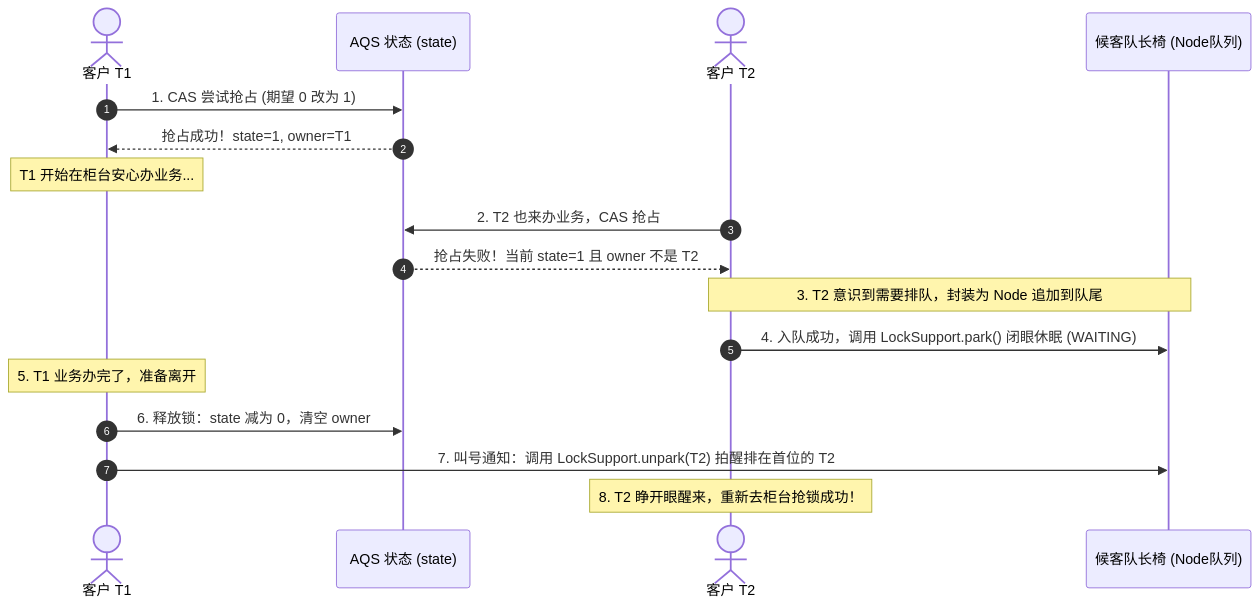
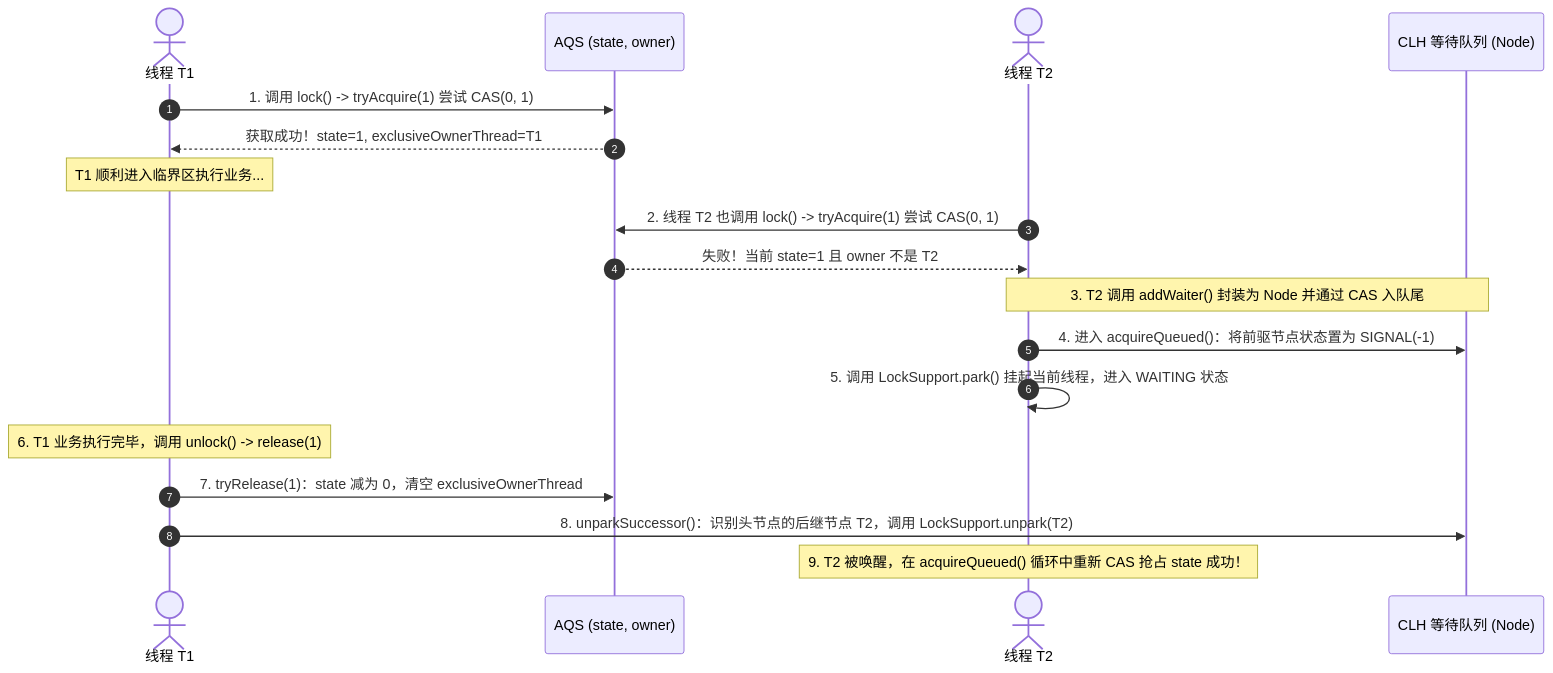
The second of 2 diagrams in 20-Java后端/03-并发编程/05-AQS原理.md (GuoWWWX/knowledge-base), drawn with Mermaid before and after one commit. The commit also changed other lines of this file and 234 other files, not shown here.

````diff
--- a/20-Java后端/03-并发编程/05-AQS原理.md
+++ b/20-Java后端/03-并发编程/05-AQS原理.md
@@ -59,22 +92,23 @@
 ```mermaid
 sequenceDiagram
     autonumber
-    actor T1 as 客户 T1
-    participant AQS as AQS 状态 (state)
-    actor T2 as 客户 T2
-    participant Queue as 候客队长椅 (Node队列)
+    actor T1 as 线程 T1
+    participant AQS as AQS (state, owner)
+    actor T2 as 线程 T2
+    participant Queue as CLH 等待队列 (Node)
 
-    T1->>AQS: 1. CAS 尝试抢占 (期望 0 改为 1)
-    AQS-->>T1: 抢占成功！state=1, owner=T1
-    Note over T1: T1 开始在柜台安心办业务...
+    T1->>AQS: 1. 调用 lock() -> tryAcquire(1) 尝试 CAS(0, 1)
+    AQS-->>T1: 获取成功！state=1, exclusiveOwnerThread=T1
+    Note over T1: T1 顺利进入临界区执行业务...
 
-    T2->>AQS: 2. T2 也来办业务，CAS 抢占
-    AQS-->>T2: 抢占失败！当前 state=1 且 owner 不是 T2
-    Note over T2, Queue: 3. T2 意识到需要排队，封装为 Node 追加到队尾
-    T2->>Queue: 4. 入队成功，调用 LockSupport.park() 闭眼休眠 (WAITING)
+    T2->>AQS: 2. 线程 T2 也调用 lock() -> tryAcquire(1) 尝试 CAS(0, 1)
+    AQS-->>T2: 失败！当前 state=1 且 owner 不是 T2
+    Note over T2, Queue: 3. T2 调用 addWaiter() 封装为 Node 并通过 CAS 入队尾
+    T2->>Queue: 4. 进入 acquireQueued()：将前驱节点状态置为 SIGNAL(-1)
+    T2->>T2: 5. 调用 LockSupport.park() 挂起当前线程，进入 WAITING 状态
 
-    Note over T1: 5. T1 业务办完了，准备离开
-    T1->>AQS: 6. 释放锁：state 减为 0，清空 owner
-    T1->>Queue: 7. 叫号通知：调用 LockSupport.unpark(T2) 拍醒排在首位的 T2
-    Note over T2: 8. T2 睁开眼醒来，重新去柜台抢锁成功！
+    Note over T1: 6. T1 业务执行完毕，调用 unlock() -> release(1)
+    T1->>AQS: 7. tryRelease(1)：state 减为 0，清空 exclusiveOwnerThread
+    T1->>Queue: 8. unparkSuccessor()：识别头节点的后继节点 T2，调用 LockSupport.unpark(T2)
+    Note over T2: 9. T2 被唤醒，在 acquireQueued() 循环中重新 CAS 抢占 state 成功！
 ```
````
